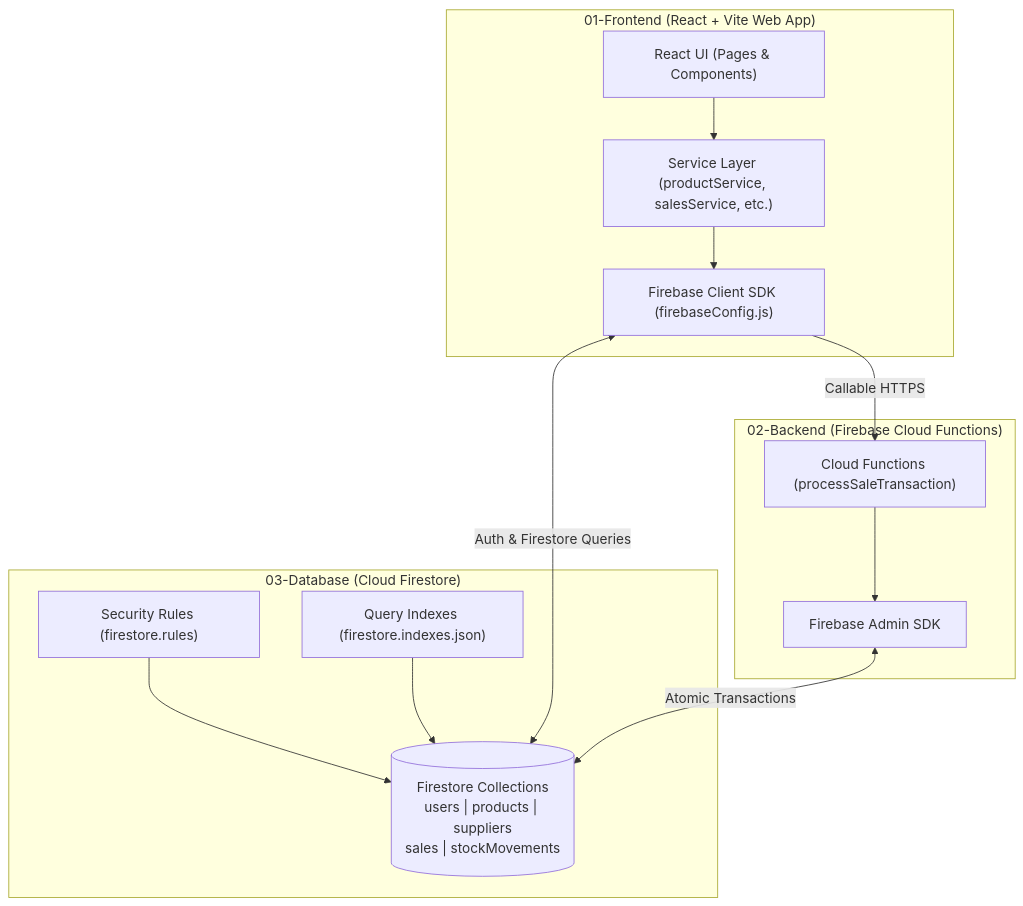
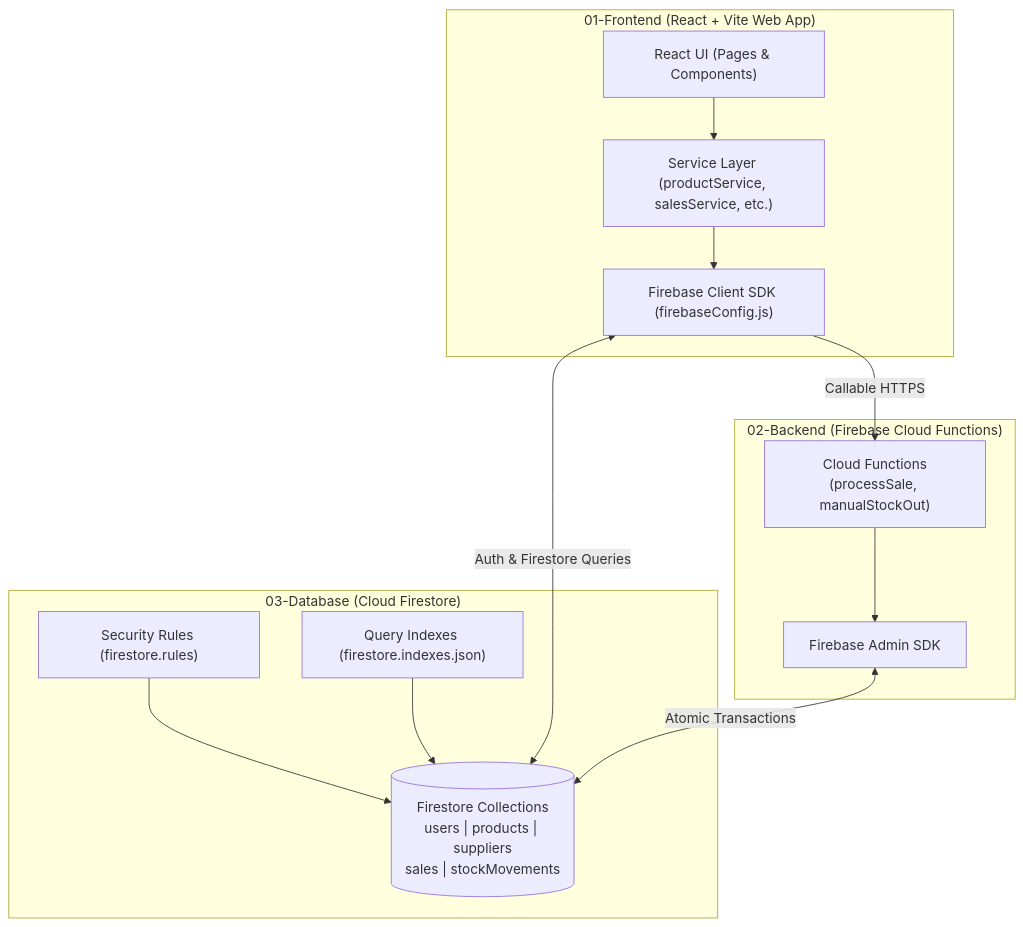
Before and after one commit to HamdanZulfiqar/Inventory-System: the diagram in PROJECT-README.md, drawn with Mermaid. The commit also changed other lines of this file and 47 other files, not shown here.

````diff
--- a/PROJECT-README.md
+++ b/PROJECT-README.md
@@ -12,27 +23,27 @@
 ```mermaid
 flowchart TD
     subgraph C1 ["01-Frontend (React + Vite Web App)"]
         UI["React UI (Pages & Components)"]
         SRV["Service Layer (productService, salesService, etc.)"]
         FBC["Firebase Client SDK (firebaseConfig.js)"]
         UI --> SRV --> FBC
     end
 
     subgraph C2 ["02-Backend (Firebase Cloud Functions)"]
-        CF["Cloud Functions (processSaleTransaction)"]
+        CF["Cloud Functions\n(processSale, manualStockOut)"]
         ADMIN["Firebase Admin SDK"]
         CF --> ADMIN
     end
 
     subgraph C3 ["03-Database (Cloud Firestore)"]
         RULES["Security Rules (firestore.rules)"]
         INDICES["Query Indexes (firestore.indexes.json)"]
         COLLECTIONS[("Firestore Collections\nusers | products | suppliers\nsales | stockMovements")]
         RULES --> COLLECTIONS
         INDICES --> COLLECTIONS
     end
 
     FBC <-->|Auth & Firestore Queries| COLLECTIONS
     FBC -->|Callable HTTPS| CF
     ADMIN <-->|Atomic Transactions| COLLECTIONS
 ```
````
